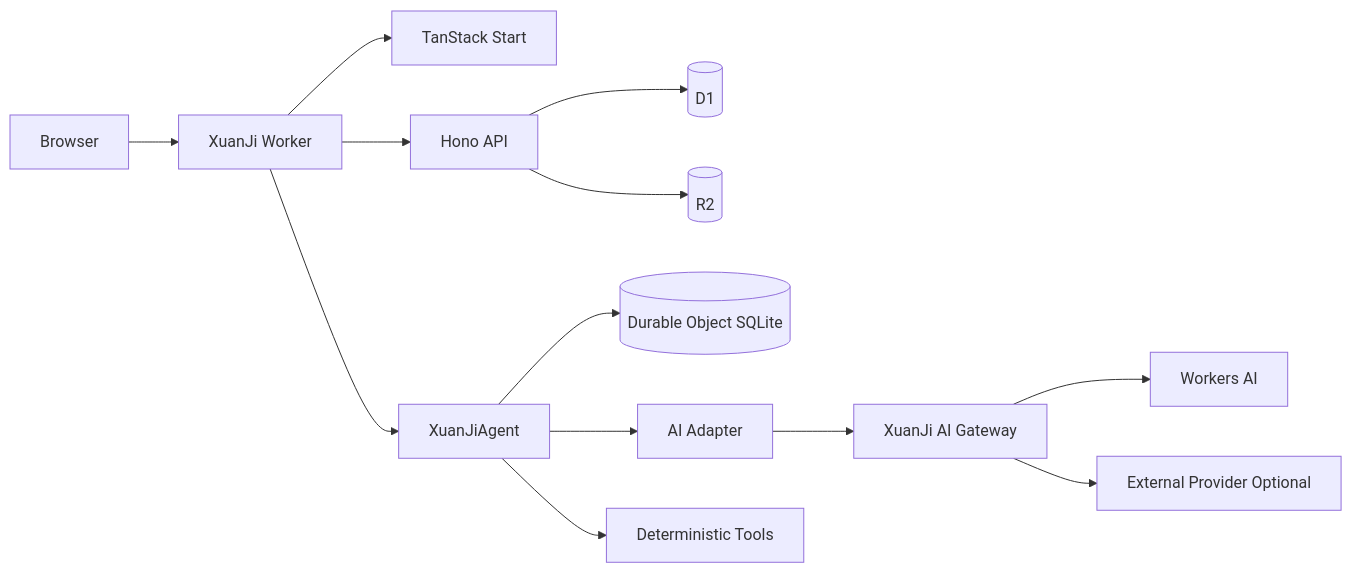
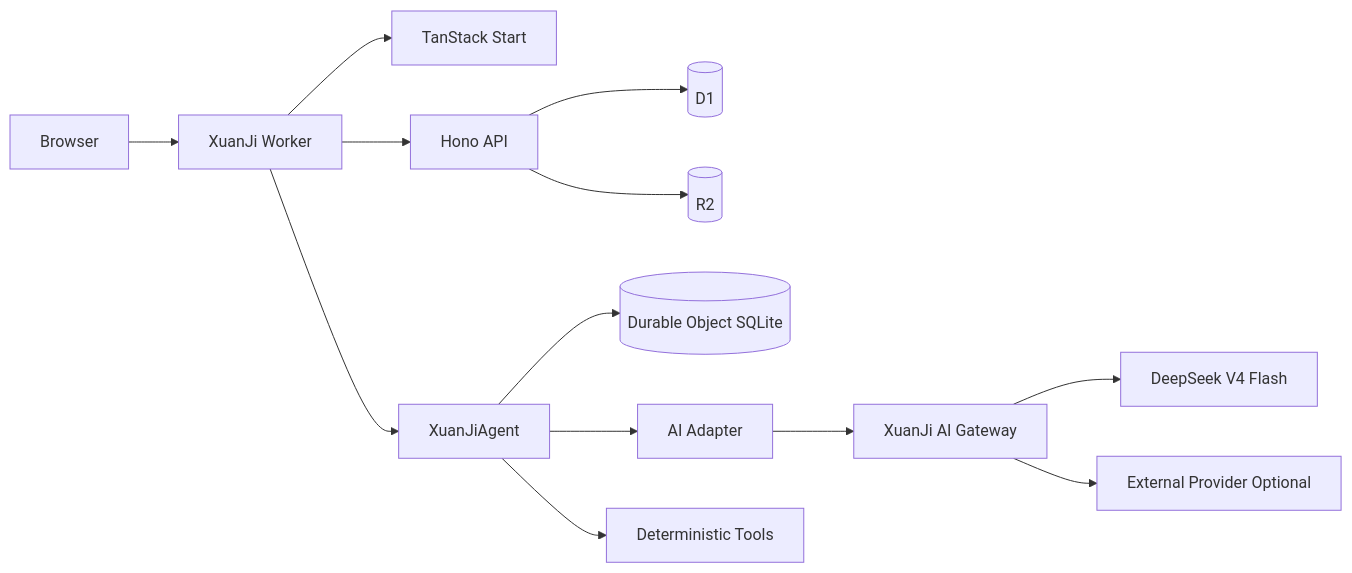
The diagram in docs/ai-fortune-cloudflare-prd-tdd-v1.0.md (realchendahuang/xuanji), drawn with Mermaid before and after one commit. The commit also changed other lines of this file and 12 other files, not shown here.

Commit message:
feat: switch production AI to DeepSeek V4 Flash

````diff
--- a/docs/ai-fortune-cloudflare-prd-tdd-v1.0.md
+++ b/docs/ai-fortune-cloudflare-prd-tdd-v1.0.md
@@ -151,15 +151,15 @@
 ```mermaid
 flowchart LR
   U[Browser] --> W[XuanJi Worker]
   W --> UI[TanStack Start]
   W --> API[Hono API]
   W --> AG[XuanJiAgent]
   API --> D1[(D1)]
   API --> R2[(R2)]
   AG --> DO[(Durable Object SQLite)]
   AG --> AIP[AI Adapter]
   AIP --> GW[XuanJi AI Gateway]
-  GW --> WAI[Workers AI]
+  GW --> DS[DeepSeek V4 Flash]
   GW --> EXT[External Provider Optional]
   AG --> CALC[Deterministic Tools]
 ```
````
